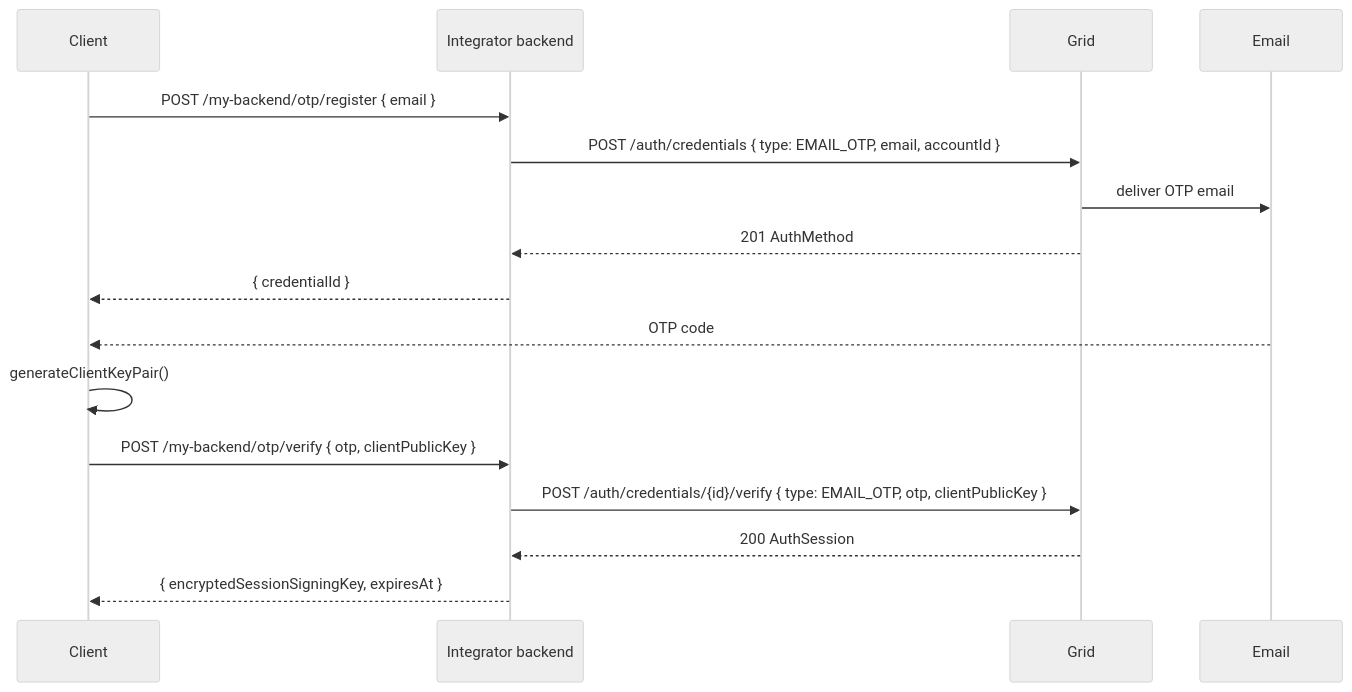
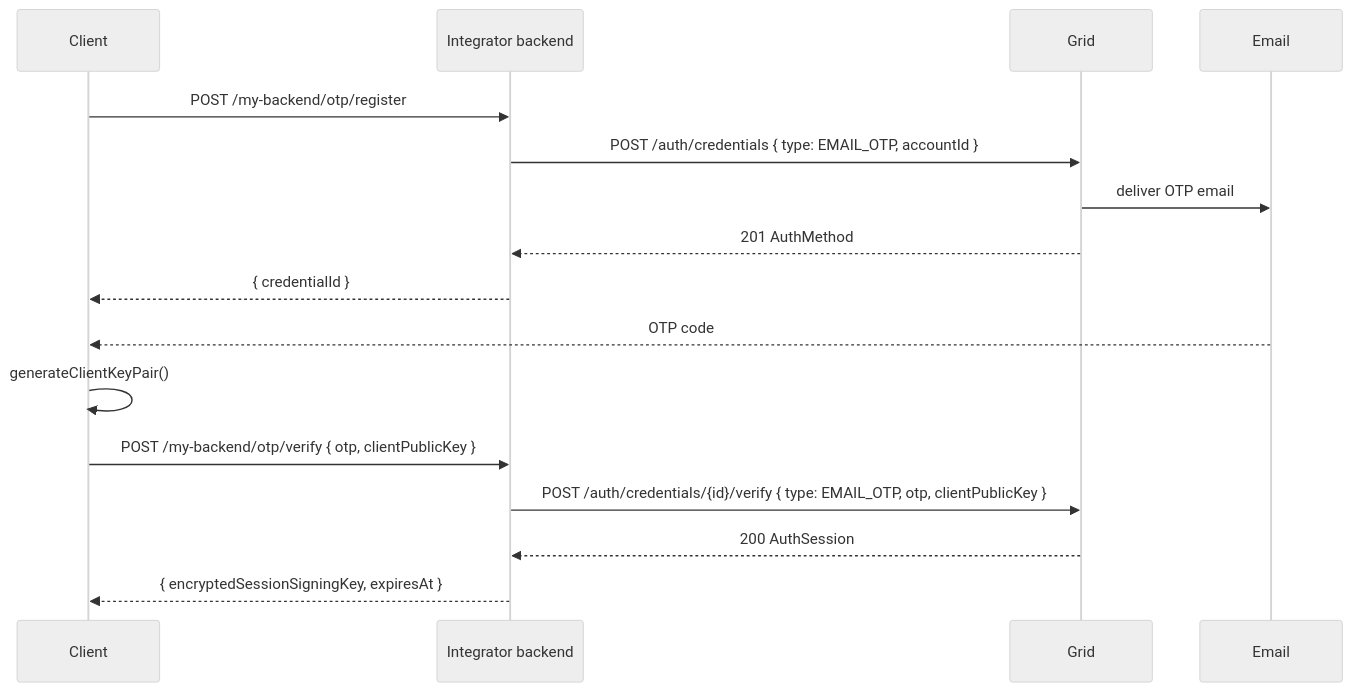
Before and after one commit to lightsparkdev/grid-api: the fourth of 5 diagrams in mintlify/snippets/embedded-wallets/authentication.mdx, drawn with Mermaid (neutral theme). The commit also changed other lines of this file and 38 other files, not shown here.

````diff
--- a/mintlify/snippets/embedded-wallets/authentication.mdx
+++ b/mintlify/snippets/embedded-wallets/authentication.mdx
@@ -390,19 +390,19 @@
 ```mermaid
 sequenceDiagram
   participant C as Client
   participant IB as Integrator backend
   participant G as Grid
   participant E as Email
 
-  C->>IB: POST /my-backend/otp/register { email }
-  IB->>G: POST /auth/credentials { type: EMAIL_OTP, email, accountId }
+  C->>IB: POST /my-backend/otp/register
+  IB->>G: POST /auth/credentials { type: EMAIL_OTP, accountId }
   G->>E: deliver OTP email
   G-->>IB: 201 AuthMethod
   IB-->>C: { credentialId }
   E-->>C: OTP code
   C->>C: generateClientKeyPair()
   C->>IB: POST /my-backend/otp/verify { otp, clientPublicKey }
   IB->>G: POST /auth/credentials/{id}/verify { type: EMAIL_OTP, otp, clientPublicKey }
   G-->>IB: 200 AuthSession
   IB-->>C: { encryptedSessionSigningKey, expiresAt }
 ```
````
